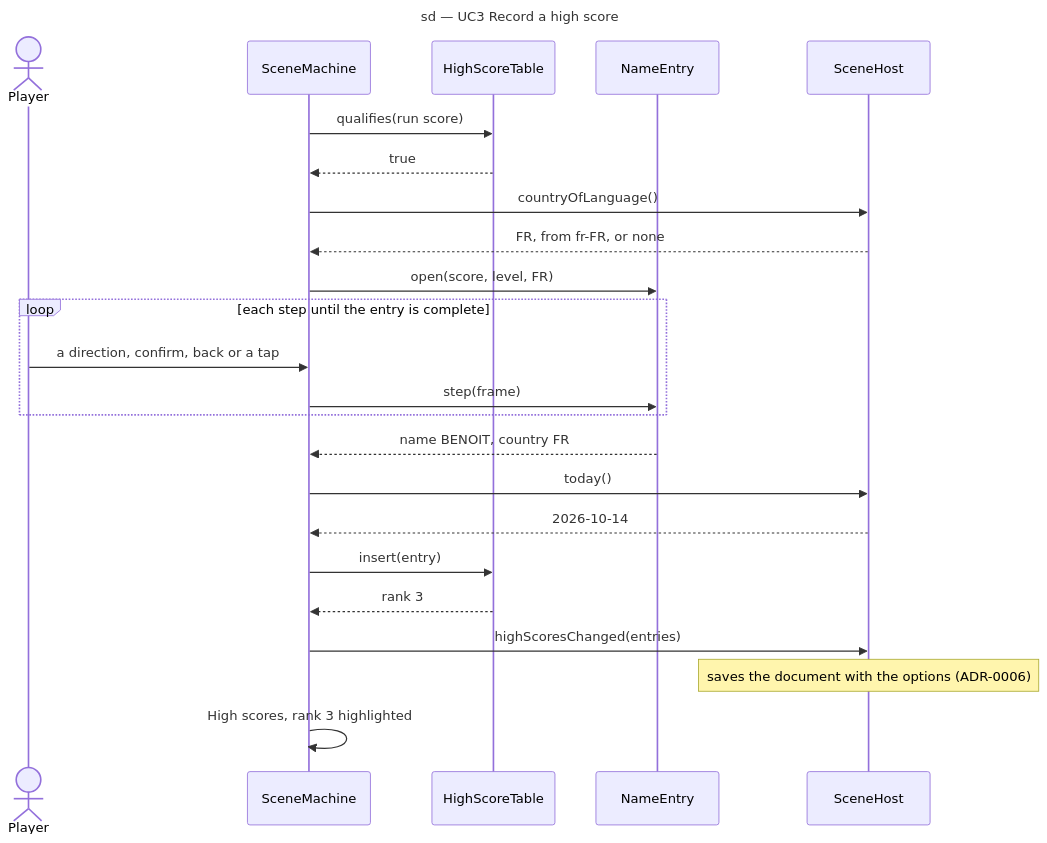
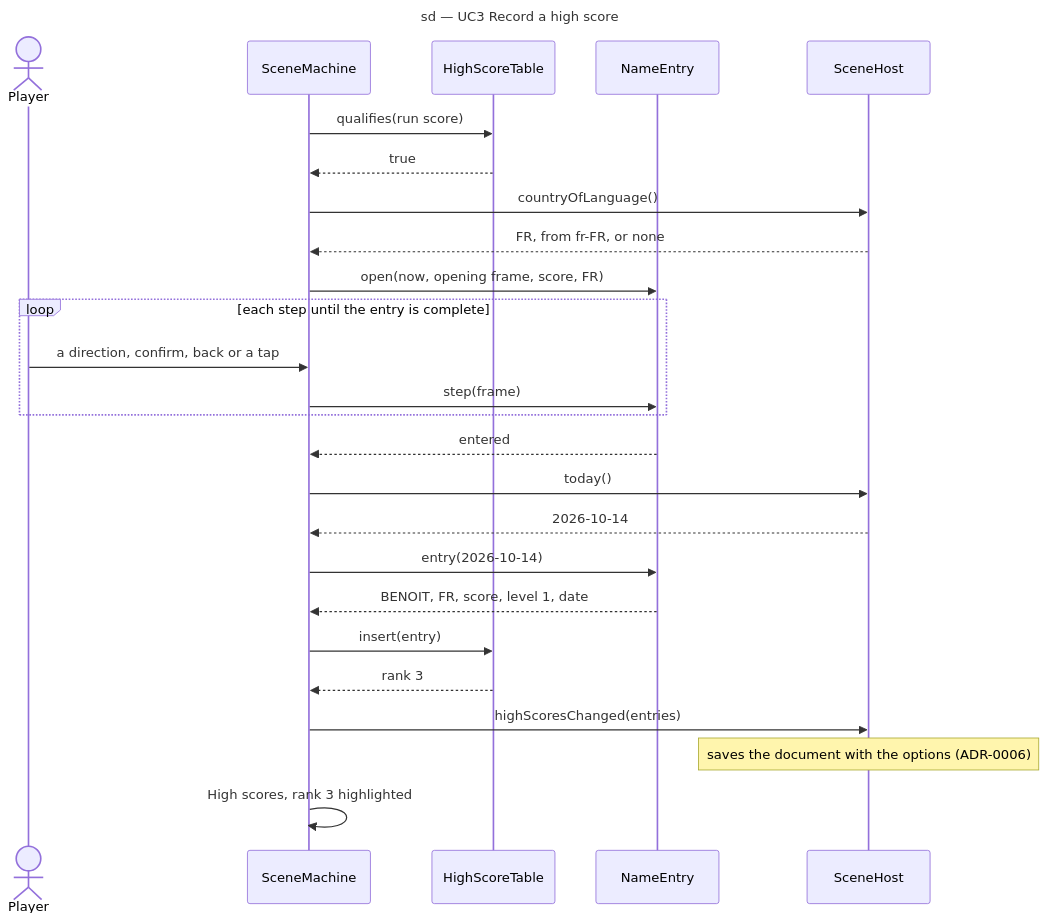
One commit to benoit-bremaud/retro-shmup changed the diagram in docs/architecture/diagrams/meta/02-sequence-record-high-score.md. Above: the diagram before and after it, drawn with Mermaid. The commit also changed other lines of this file and 23 other files, not shown here.

First line of the commit message:
feat(ui): the name entry of the hall of fame (G2-3a) (#69)

````diff
--- a/docs/architecture/diagrams/meta/02-sequence-record-high-score.md
+++ b/docs/architecture/diagrams/meta/02-sequence-record-high-score.md
@@ -17,26 +17,28 @@
 ```mermaid
 sequenceDiagram
   title sd — UC3 Record a high score
   actor Player
   participant Scenes as SceneMachine
   participant Table as HighScoreTable
   participant Entry as NameEntry
   participant Host as SceneHost
   Scenes->>Table: qualifies(run score)
   Table-->>Scenes: true
   Scenes->>Host: countryOfLanguage()
   Host-->>Scenes: FR, from fr-FR, or none
-  Scenes->>Entry: open(score, level, FR)
+  Scenes->>Entry: open(now, opening frame, score, FR)
   loop each step until the entry is complete
     Player->>Scenes: a direction, confirm, back or a tap
     Scenes->>Entry: step(frame)
   end
-  Entry-->>Scenes: name BENOIT, country FR
+  Entry-->>Scenes: entered
   Scenes->>Host: today()
   Host-->>Scenes: 2026-10-14
+  Scenes->>Entry: entry(2026-10-14)
+  Entry-->>Scenes: BENOIT, FR, score, level 1, date
   Scenes->>Table: insert(entry)
   Table-->>Scenes: rank 3
   Scenes->>Host: highScoresChanged(entries)
   Note over Host: saves the document with the options (ADR-0006)
   Scenes->>Scenes: High scores, rank 3 highlighted
 ```
````
